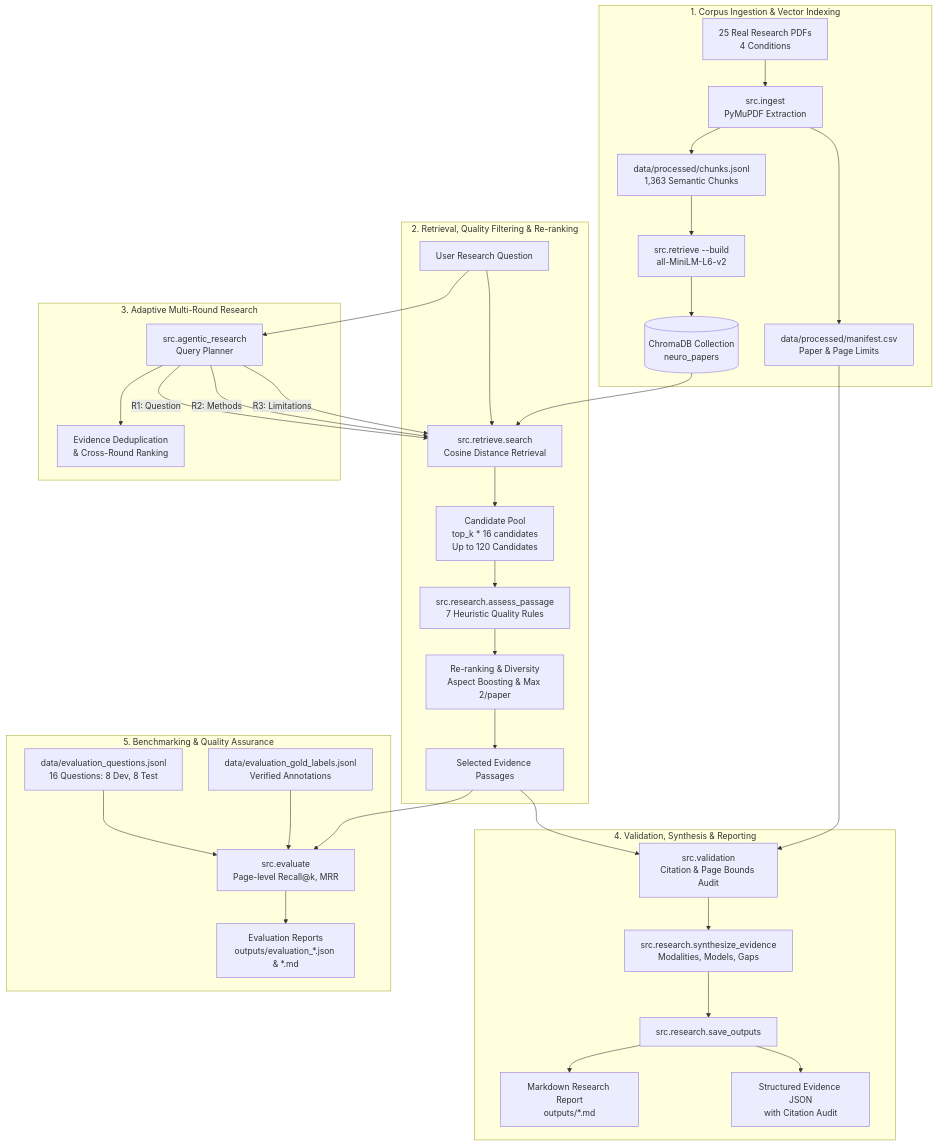
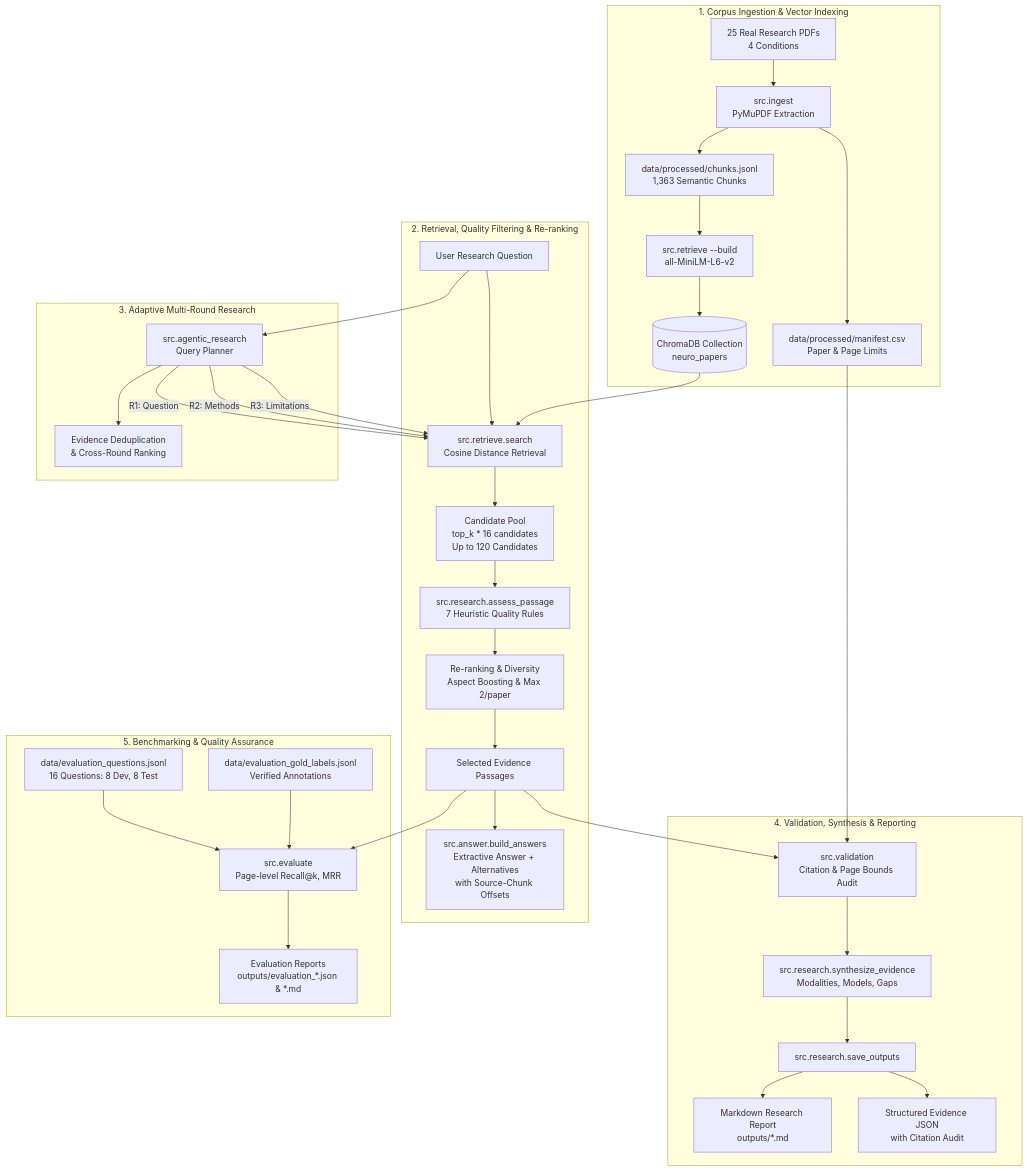
One commit to anshvsingh/neuro_literature_copilot_starter changed the diagram in README.md. Above: the diagram before and after it, drawn with Mermaid. The commit also changed other lines of this file and 2 other files, not shown here.

First line of the commit message:
docs: document answers with sources and update test counts

````diff
--- a/README.md
+++ b/README.md
@@ -13,43 +13,44 @@
 ```mermaid
 flowchart TD
     subgraph Ingestion ["1. Corpus Ingestion & Vector Indexing"]
         A[25 Real Research PDFs\n4 Conditions] --> B[src.ingest\nPyMuPDF Extraction]
         B --> C[data/processed/chunks.jsonl\n1,363 Semantic Chunks]
         B --> D[data/processed/manifest.csv\nPaper & Page Limits]
         C --> E[src.retrieve --build\nall-MiniLM-L6-v2]
         E --> F[(ChromaDB Collection\nneuro_papers)]
     end
 
     subgraph RetrievalFilter ["2. Retrieval, Quality Filtering & Re-ranking"]
         G[User Research Question] --> H[src.retrieve.search\nCosine Distance Retrieval]
         F --> H
         H --> I[Candidate Pool\ntop_k * 16 candidates\nUp to 120 Candidates]
         I --> J[src.research.assess_passage\n7 Heuristic Quality Rules]
         J --> K[Re-ranking & Diversity\nAspect Boosting & Max 2/paper]
         K --> L[Selected Evidence Passages]
+        L --> L2[src.answer.build_answers\nExtractive Answer + Alternatives\nwith Source-Chunk Offsets]
     end
 
     subgraph AdaptiveWorkflow ["3. Adaptive Multi-Round Research"]
         G --> M[src.agentic_research\nQuery Planner]
         M -->|R1: Question| H
         M -->|R2: Methods| H
         M -->|R3: Limitations| H
         M --> N[Evidence Deduplication\n& Cross-Round Ranking]
     end
 
     subgraph ValidationSynthesis ["4. Validation, Synthesis & Reporting"]
         L --> O[src.validation\nCitation & Page Bounds Audit]
         D --> O
         O --> P[src.research.synthesize_evidence\nModalities, Models, Gaps]
         P --> Q[src.research.save_outputs]
         Q --> R[Markdown Research Report\noutputs/*.md]
         Q --> S[Structured Evidence JSON\nwith Citation Audit]
     end
 
     subgraph Evaluation ["5. Benchmarking & Quality Assurance"]
         T[data/evaluation_questions.jsonl\n16 Questions: 8 Dev, 8 Test] --> U[src.evaluate\nPage-level Recall@k, MRR]
         V[data/evaluation_gold_labels.jsonl\nVerified Annotations] --> U
         L --> U
         U --> W[Evaluation Reports\noutputs/evaluation_*.json & *.md]
     end
 ```
````
